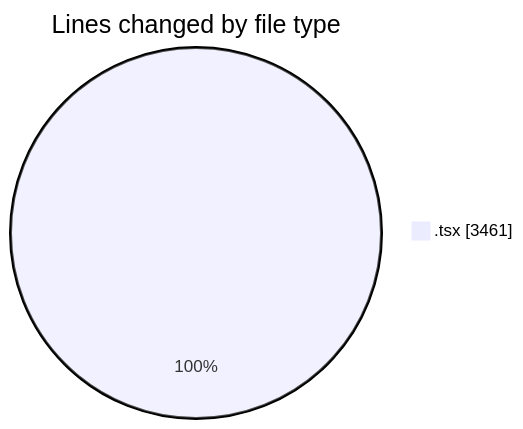
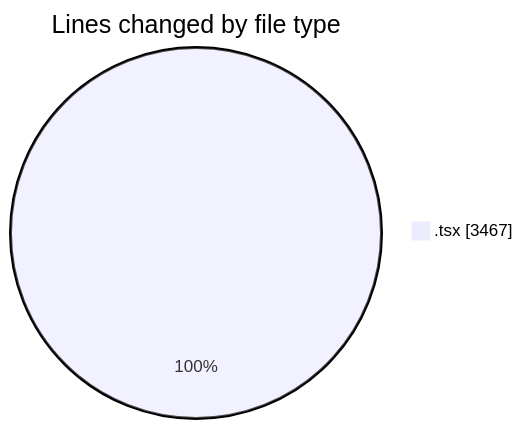
One commit to nxtqubesakshisongat/code-tracking changed the first of 2 diagrams in 2026-06-18/nxtqube_webapp/README.md. Above: the diagram before and after it, drawn with Mermaid. The commit also changed other lines of this file and 1 other file, not shown here.

````diff
--- a/2026-06-18/nxtqube_webapp/README.md
+++ b/2026-06-18/nxtqube_webapp/README.md
@@ -20,5 +20,5 @@
 ```mermaid
 pie showData
 title Lines changed by file type
-".tsx" : 3461
+".tsx" : 3467
 ```
````
